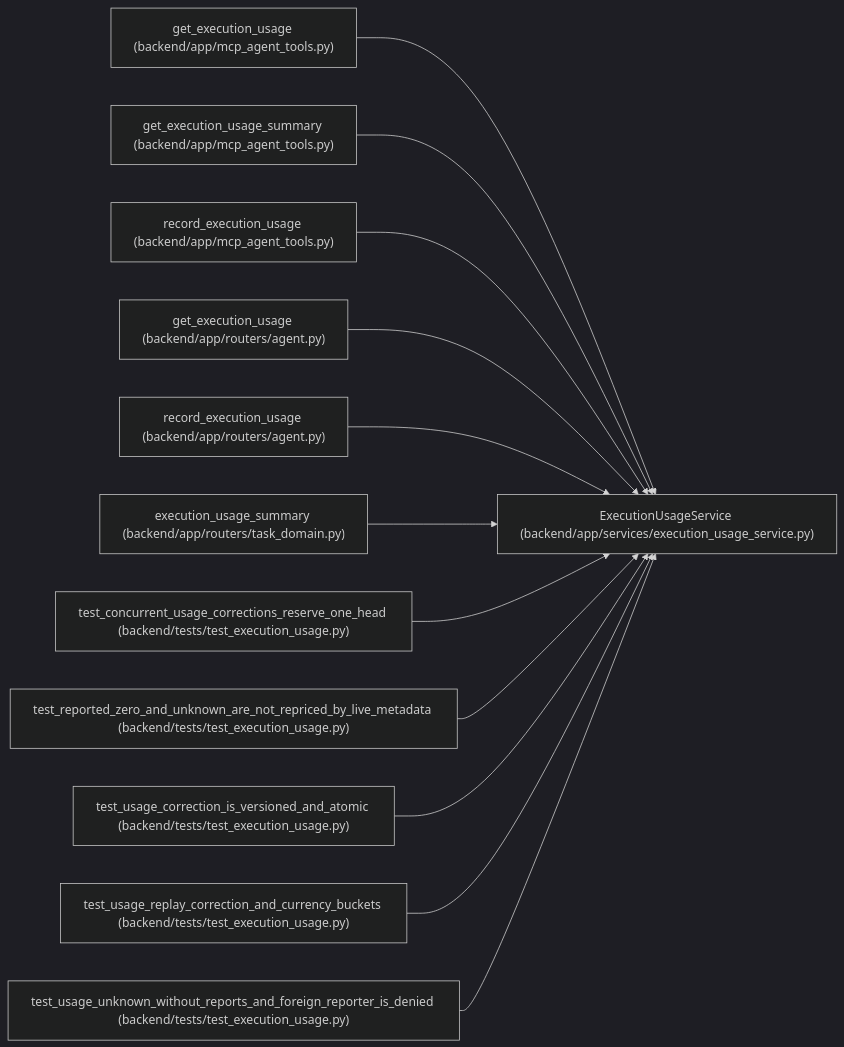
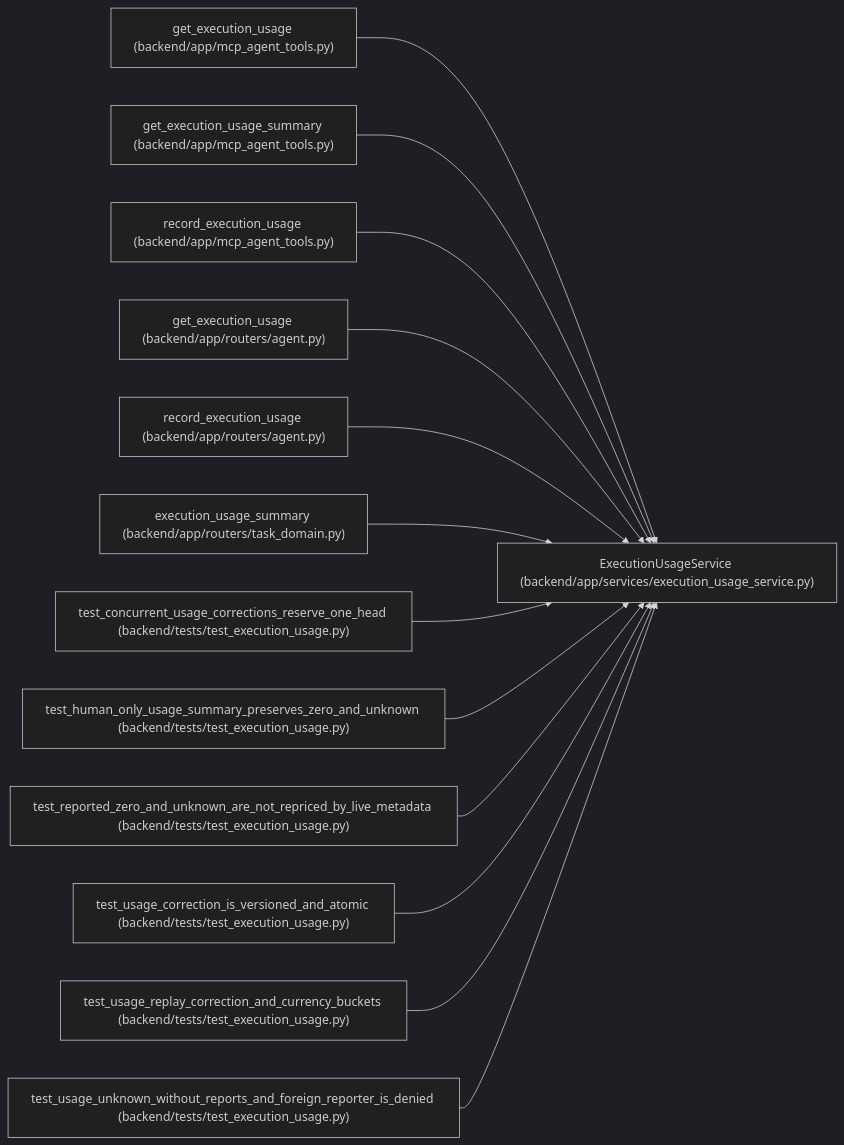
One commit to Denissvgn/WorkChord changed the diagram in docs/llm_wiki/entities/ExecutionUsageService.md. Above: the diagram before and after it, drawn with Mermaid (dark theme). The commit also changed other lines of this file and 335 other files, not shown here.

````diff
--- a/docs/llm_wiki/entities/ExecutionUsageService.md
+++ b/docs/llm_wiki/entities/ExecutionUsageService.md
@@ -32,38 +32,41 @@
 ```mermaid
 flowchart LR
     n0["ExecutionUsageService (backend/app/services/execution_usage_service.py)"]
     n1["get_execution_usage (backend/app/mcp_agent_tools.py)"]
     n2["get_execution_usage_summary (backend/app/mcp_agent_tools.py)"]
     n3["record_execution_usage (backend/app/mcp_agent_tools.py)"]
     n4["get_execution_usage (backend/app/routers/agent.py)"]
     n5["record_execution_usage (backend/app/routers/agent.py)"]
     n6["execution_usage_summary (backend/app/routers/task_domain.py)"]
     n7["test_concurrent_usage_corrections_reserve_one_head (backend/tests/test_execution_usage.py)"]
-    n8["test_reported_zero_and_unknown_are_not_repriced_by_live_metadata (backend/tests/test_execution_usage.py)"]
-    n9["test_usage_correction_is_versioned_and_atomic (backend/tests/test_execution_usage.py)"]
-    n10["test_usage_replay_correction_and_currency_buckets (backend/tests/test_execution_usage.py)"]
-    n11["test_usage_unknown_without_reports_and_foreign_reporter_is_denied (backend/tests/test_execution_usage.py)"]
+    n8["test_human_only_usage_summary_preserves_zero_and_unknown (backend/tests/test_execution_usage.py)"]
+    n9["test_reported_zero_and_unknown_are_not_repriced_by_live_metadata (backend/tests/test_execution_usage.py)"]
+    n10["test_usage_correction_is_versioned_and_atomic (backend/tests/test_execution_usage.py)"]
+    n11["test_usage_replay_correction_and_currency_buckets (backend/tests/test_execution_usage.py)"]
+    n12["test_usage_unknown_without_reports_and_foreign_reporter_is_denied (backend/tests/test_execution_usage.py)"]
     n1 --> n0
     n2 --> n0
     n3 --> n0
     n4 --> n0
     n5 --> n0
     n6 --> n0
     n7 --> n0
     n8 --> n0
     n9 --> n0
     n10 --> n0
     n11 --> n0
+    n12 --> n0
     click n0 "../modules/execution_usage_service.md"
     click n1 "../modules/mcp_agent_tools.md"
     click n2 "../modules/mcp_agent_tools.md"
     click n3 "../modules/mcp_agent_tools.md"
     click n4 "../modules/routers_agent.md"
     click n5 "../modules/routers_agent.md"
     click n6 "../modules/routers_task_domain.md"
     click n7 "../modules/test_execution_usage.md"
     click n8 "../modules/test_execution_usage.md"
     click n9 "../modules/test_execution_usage.md"
     click n10 "../modules/test_execution_usage.md"
     click n11 "../modules/test_execution_usage.md"
+    click n12 "../modules/test_execution_usage.md"
 ```
````
